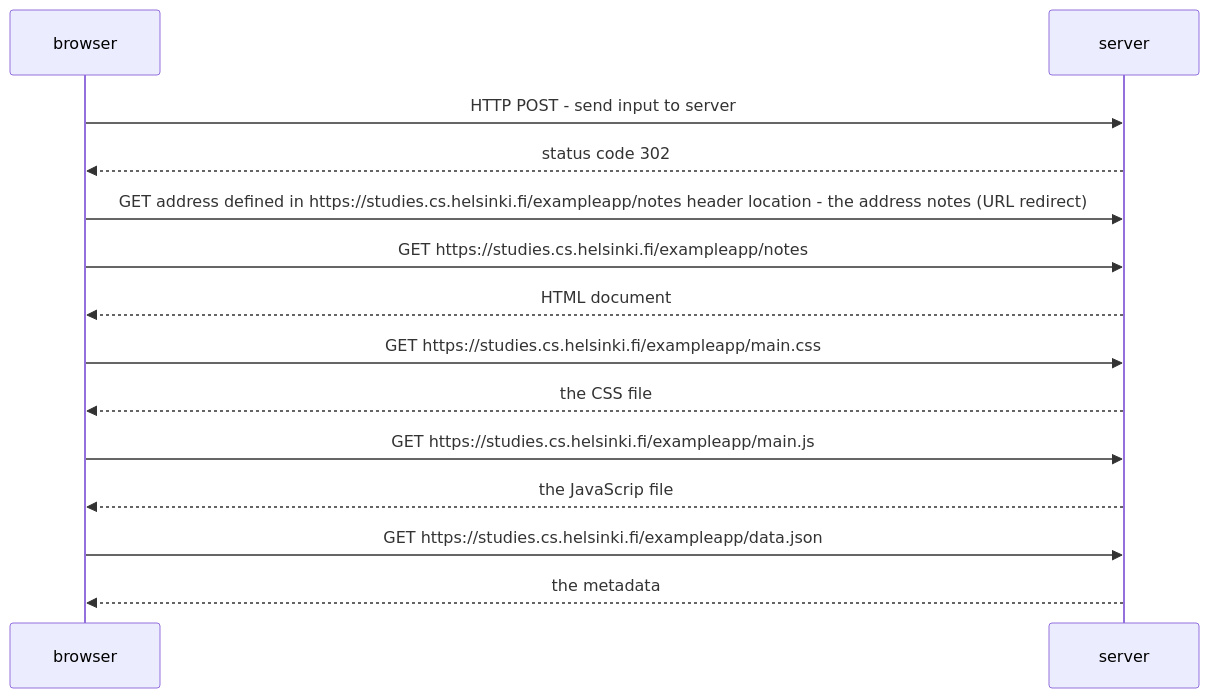
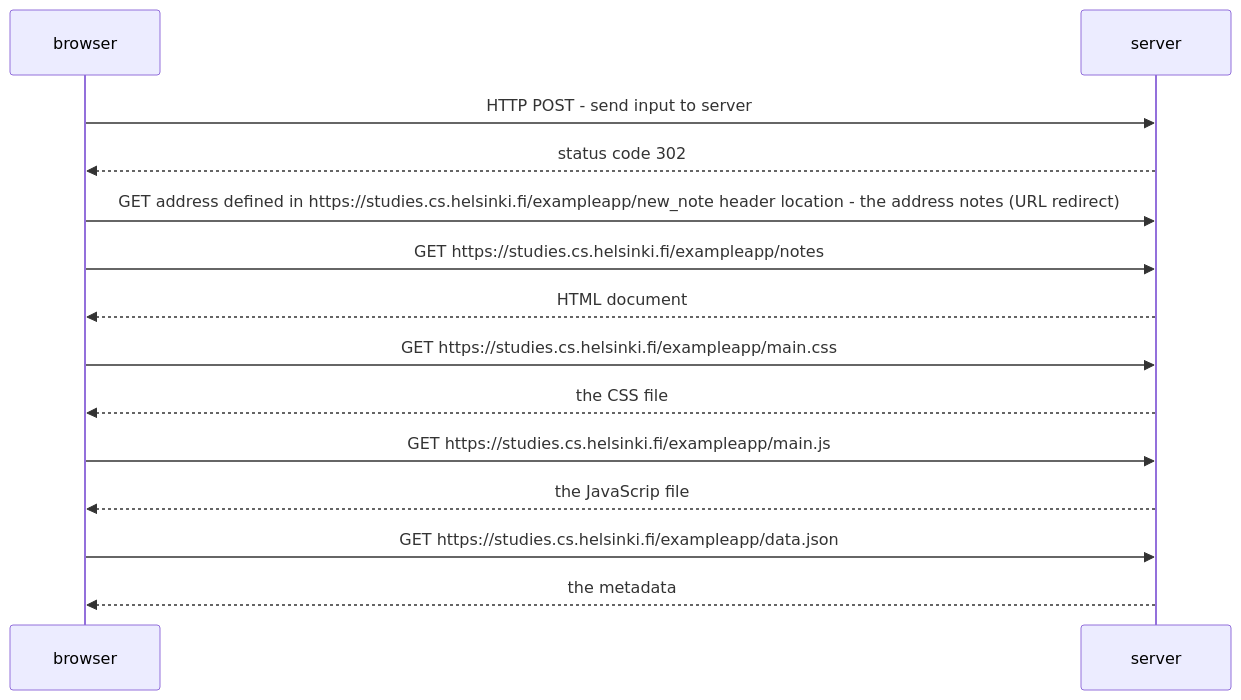
The diagram in part0/newNoteDiagram.md (Sprachenmeister/Full_Stack_Open), drawn with Mermaid before and after one commit.

Commit message:
file update

````diff
--- a/part0/newNoteDiagram.md
+++ b/part0/newNoteDiagram.md
@@ -3,21 +3,21 @@
 ```mermaid
 sequenceDiagram
 
     browser->>server: HTTP POST - send input to server
     server-->>browser: status code 302
 
-    browser->>server: GET address defined in https://studies.cs.helsinki.fi/exampleapp/notes header location - the address notes (URL redirect)
+    browser->>server: GET address defined in https://studies.cs.helsinki.fi/exampleapp/new_note header location - the address notes (URL redirect)
 
     browser->>server: GET https://studies.cs.helsinki.fi/exampleapp/notes
     server-->>browser: HTML document
 
     browser->>server: GET https://studies.cs.helsinki.fi/exampleapp/main.css
     server-->>browser: the CSS file
 
     browser->>server: GET https://studies.cs.helsinki.fi/exampleapp/main.js
     server-->>browser: the JavaScrip file
 
     browser->>server: GET https://studies.cs.helsinki.fi/exampleapp/data.json
     server-->>browser: the metadata
 
 ```
````
